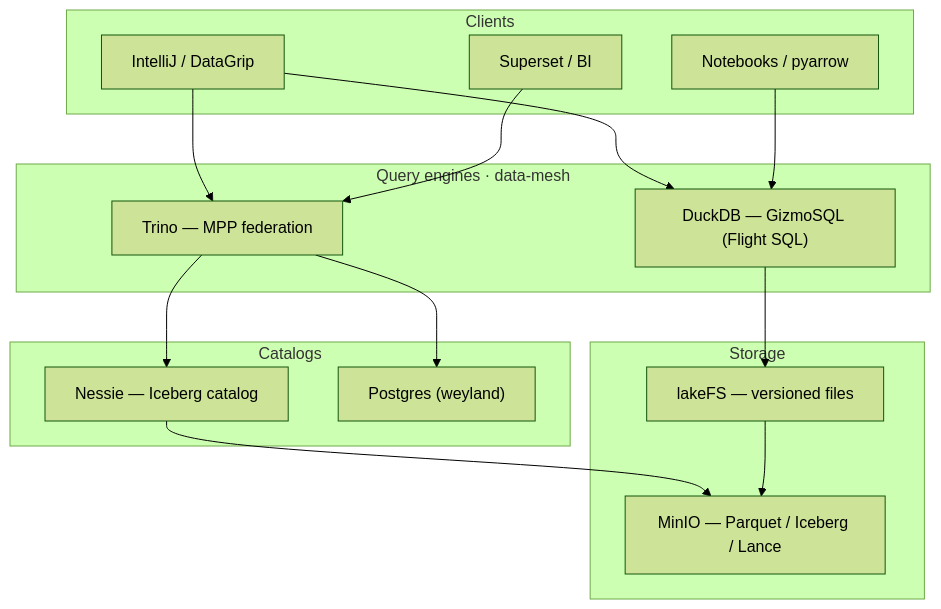
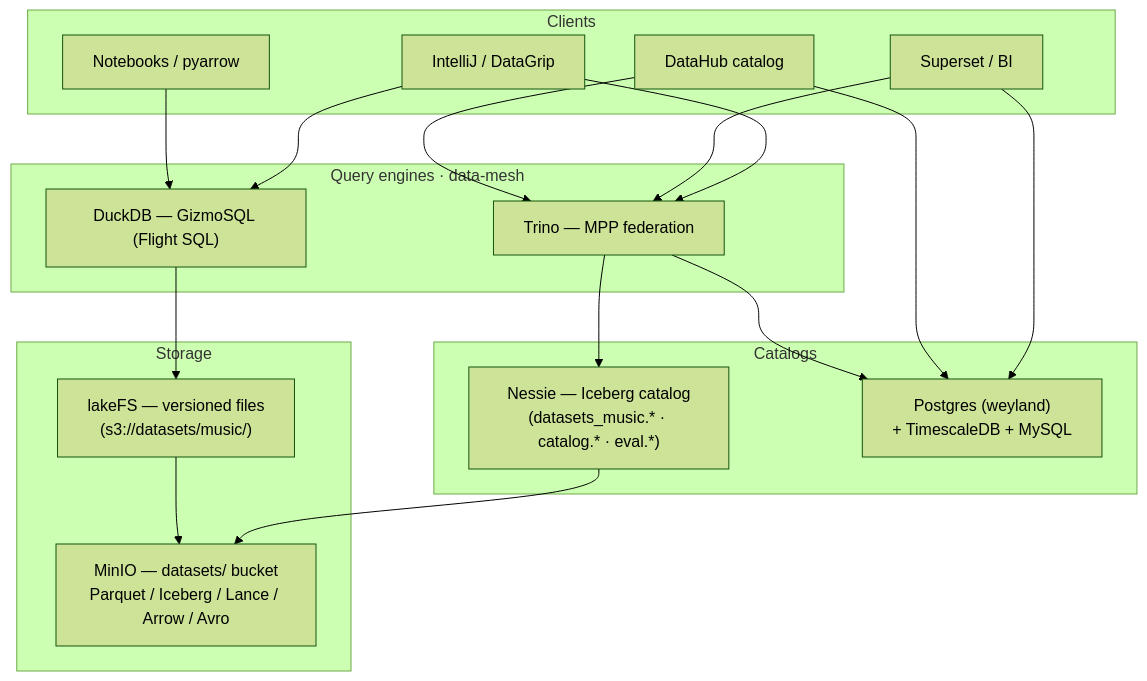
One commit to edtbl76/weyland-lab changed the second of 3 diagrams in docs/arch.md. Above: the diagram before and after it, drawn with Mermaid (forest theme). The commit also changed other lines of this file and 2 other files, not shown here.

Commit message:
Documented Superset, Valkey, TimescaleDB, MySQL additions in Tier-2 data-mesh stores; updated diagrams, host details, and namespaces.

````diff
--- a/docs/arch.md
+++ b/docs/arch.md
@@ -244,29 +266,33 @@
 ```mermaid
 flowchart TB
   subgraph Clients
     IDEA["IntelliJ / DataGrip"]
     SS["Superset / BI"]
     NB["Notebooks / pyarrow"]
+    DH["DataHub catalog"]
   end
   subgraph Engines["Query engines · data-mesh"]
     TR["Trino — MPP federation"]
     DK["DuckDB — GizmoSQL (Flight SQL)"]
   end
   subgraph Catalogs
-    NES["Nessie — Iceberg catalog"]
-    PG["Postgres (weyland)"]
+    NES["Nessie — Iceberg catalog\n(datasets_music.* · catalog.* · eval.*)"]
+    PG["Postgres (weyland)\n+ TimescaleDB + MySQL"]
   end
   subgraph Storage
-    LF["lakeFS — versioned files"]
-    MIN["MinIO — Parquet / Iceberg / Lance"]
+    LF["lakeFS — versioned files\n(s3://datasets/music/)"]
+    MIN["MinIO — datasets/ bucket\nParquet / Iceberg / Lance / Arrow / Avro"]
   end
   IDEA --> TR
   IDEA --> DK
   SS --> TR
+  SS --> PG
   NB --> DK
+  DH --> TR
+  DH --> PG
   TR --> NES
   TR --> PG
   DK --> LF
   NES --> MIN
   LF --> MIN
 ```
````
